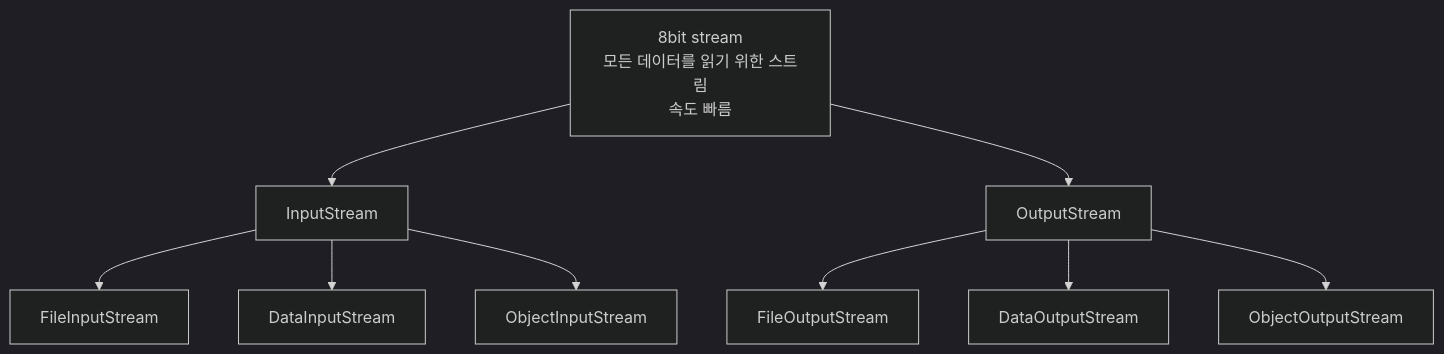
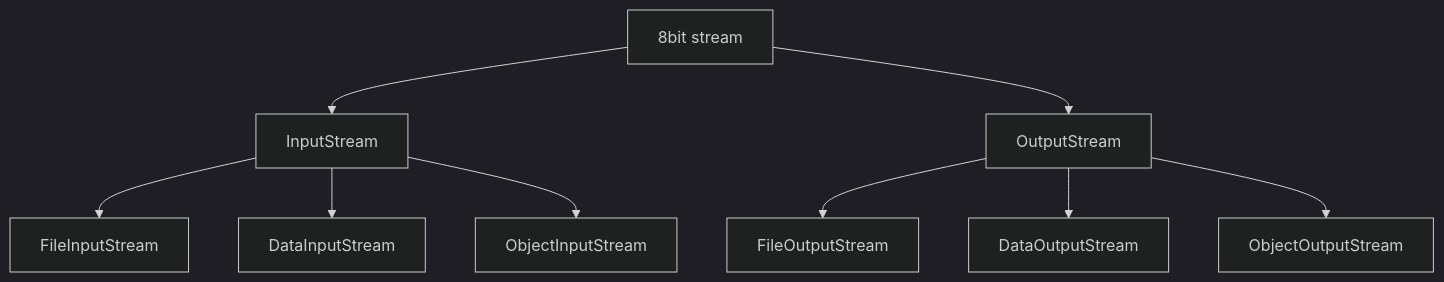
The first of 2 diagrams in day0908/IO Stream.md (minbj1226/TIL), drawn with Mermaid (dark theme) before and after one commit. The commit also changed other lines of this file, not shown here.

````diff
--- a/day0908/IO Stream.md
+++ b/day0908/IO Stream.md
@@ -15,13 +15,13 @@
 ```mermaid
 graph TD
-    A[8bit stream<br/>모든 데이터를 읽기 위한 스트림<br/>속도 빠름] --> B[InputStream]
+    A[8bit stream<br/>] --> B[InputStream]
     A --> C[OutputStream]
 
     B --> D[FileInputStream]
     B --> E[DataInputStream]
     B --> F[ObjectInputStream]
 
     C --> G[FileOutputStream]
     C --> H[DataOutputStream]
     C --> I[ObjectOutputStream]
 ```
````
